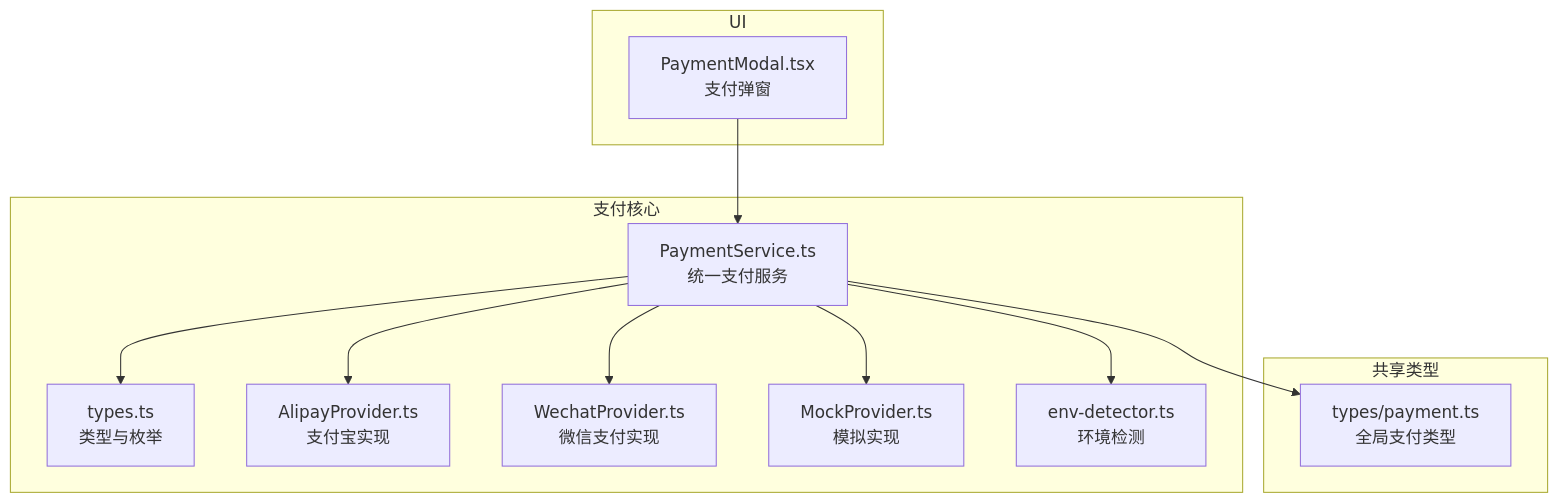
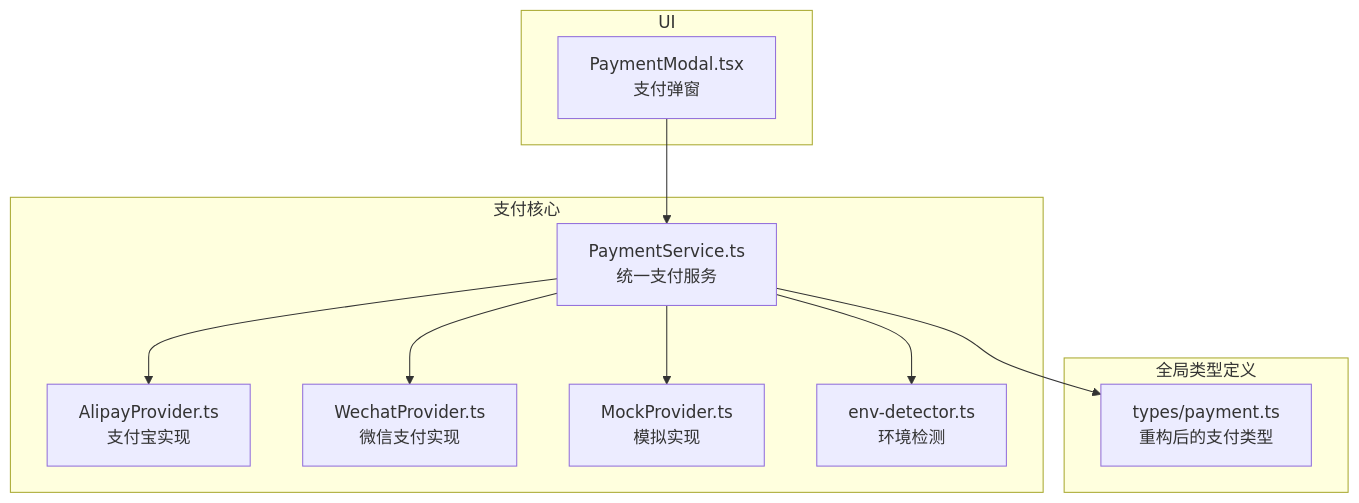
Before and after one commit to Hu-Right/supply-os: the first of 4 diagrams in .qoder/repowiki/zh/content/支付系统集成/支付类型定义与API.md, drawn with Mermaid. The commit also changed other lines of this file and 39 other files, not shown here.

````diff
--- a/.qoder/repowiki/zh/content/支付系统集成/支付类型定义与API.md
+++ b/.qoder/repowiki/zh/content/支付系统集成/支付类型定义与API.md
@@ -33,24 +40,22 @@
 ```mermaid
 graph TB
 subgraph "支付核心"
-T["types.ts<br/>类型与枚举"]
 S["PaymentService.ts<br/>统一支付服务"]
 A["AlipayProvider.ts<br/>支付宝实现"]
 W["WechatProvider.ts<br/>微信支付实现"]
 M["MockProvider.ts<br/>模拟实现"]
 E["env-detector.ts<br/>环境检测"]
 end
-subgraph "共享类型"
-PT["types/payment.ts<br/>全局支付类型"]
+subgraph "全局类型定义"
+PT["types/payment.ts<br/>重构后的支付类型"]
 end
 subgraph "UI"
 PM["PaymentModal.tsx<br/>支付弹窗"]
 end
 PM --> S
-S --> T
 S --> PT
 S --> A
 S --> W
 S --> M
 S --> E
 ```
````
